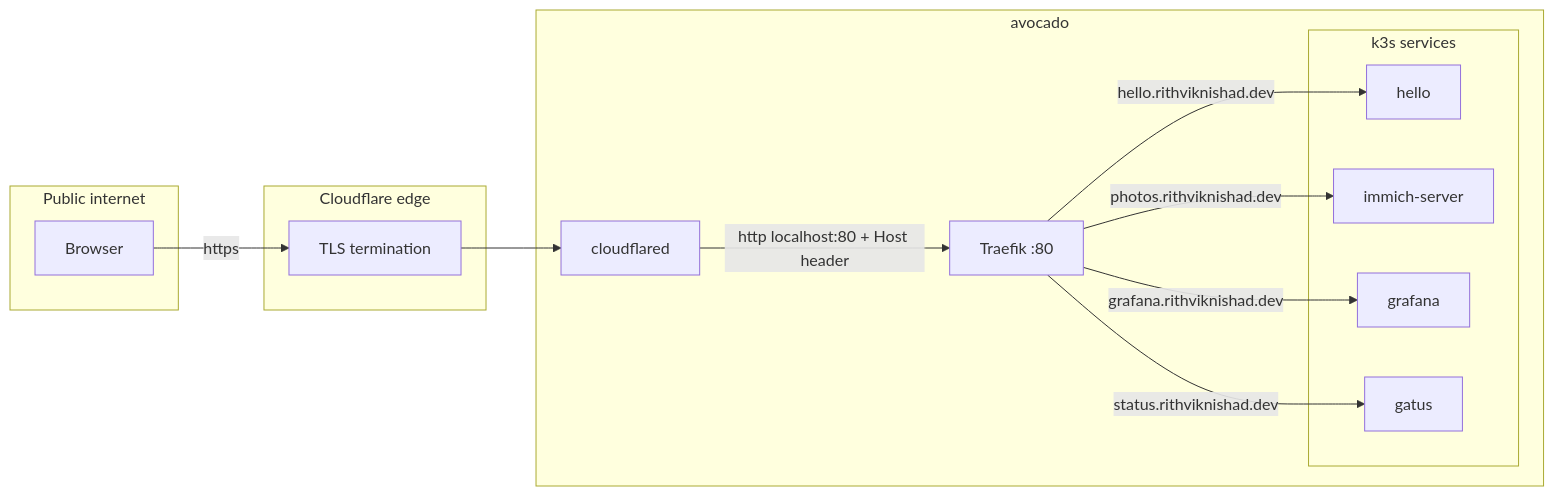
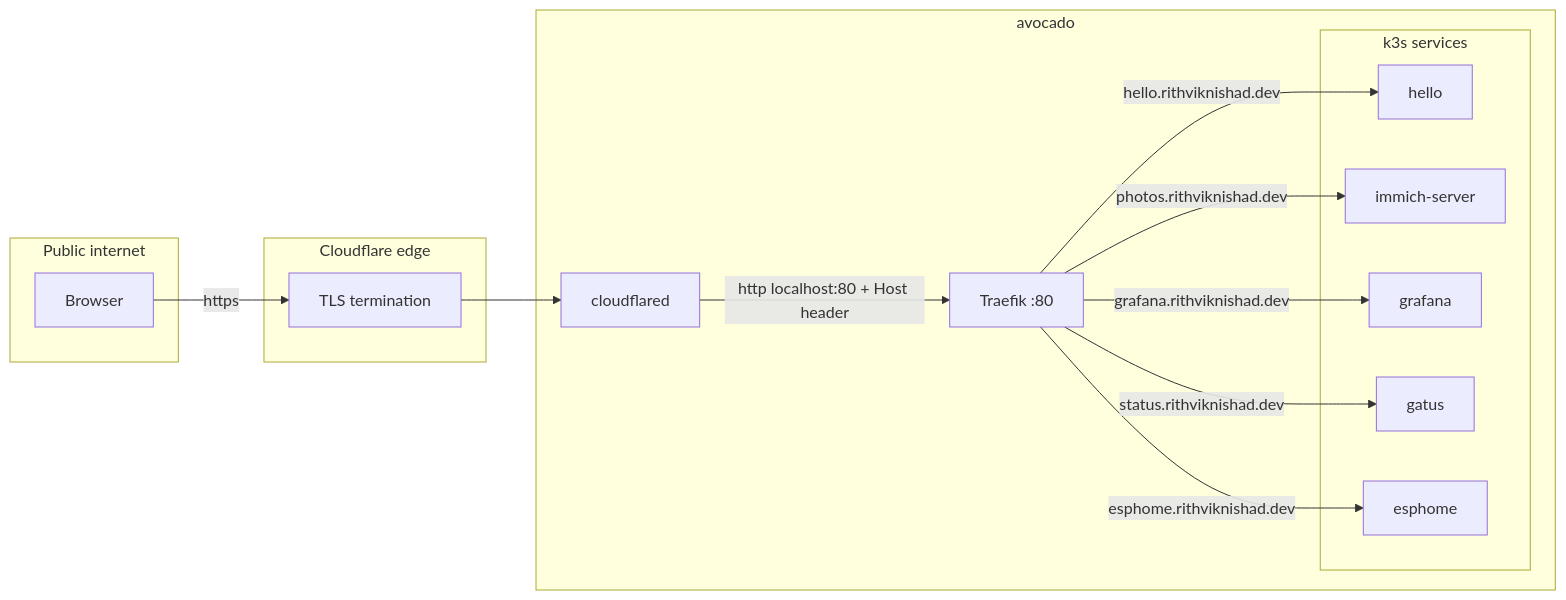
Before and after one commit to rithviknishad/systems.nix: the diagram in docs/networking.md, drawn with Mermaid. The commit also changed other lines of this file and 11 other files, not shown here.

````diff
--- a/docs/networking.md
+++ b/docs/networking.md
@@ -51,26 +51,28 @@
 ```mermaid
 flowchart LR
     subgraph internet[Public internet]
         user[Browser]
     end
     subgraph cf[Cloudflare edge]
         tls[TLS termination]
     end
     subgraph box[avocado]
         cd[cloudflared]
         traefik[Traefik :80]
         subgraph k8s[k3s services]
             hello[hello]
             immich[immich-server]
             grafana[grafana]
             gatus[gatus]
+            esphome[esphome]
         end
     end
 
     user -->|https| tls --> cd
     cd -->|http localhost:80 + Host header| traefik
     traefik -->|hello.rithviknishad.dev| hello
     traefik -->|photos.rithviknishad.dev| immich
     traefik -->|grafana.rithviknishad.dev| grafana
     traefik -->|status.rithviknishad.dev| gatus
+    traefik -->|esphome.rithviknishad.dev| esphome
 ```
````
